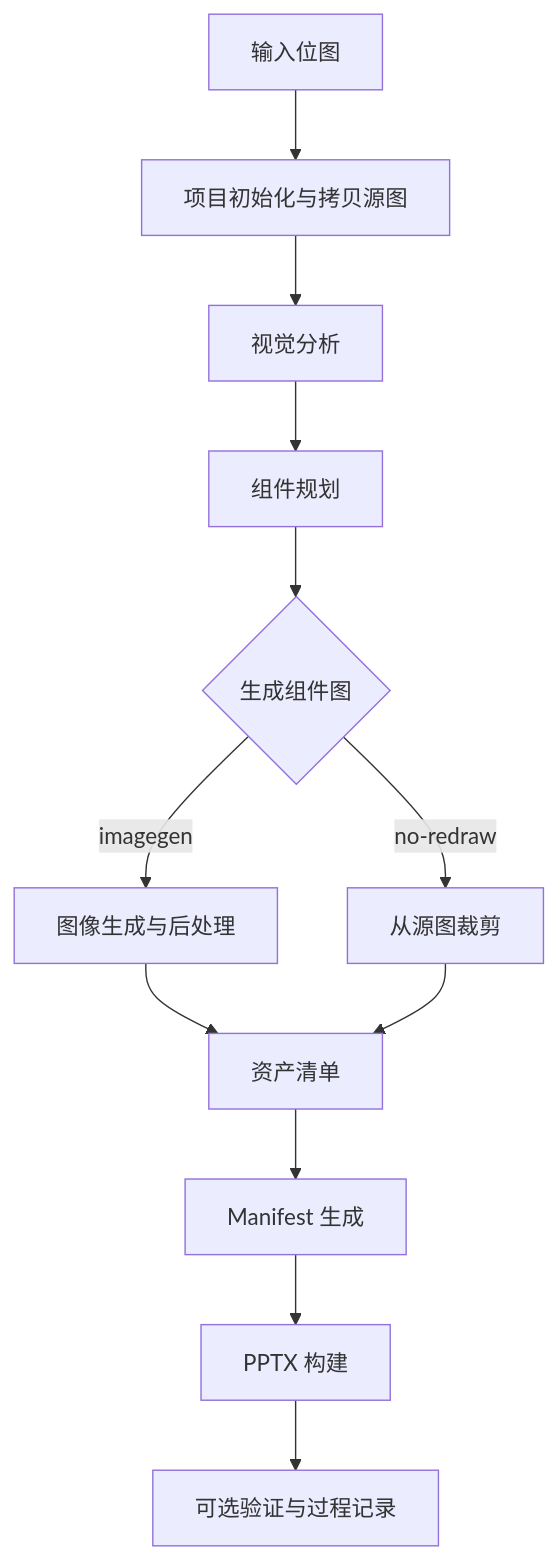
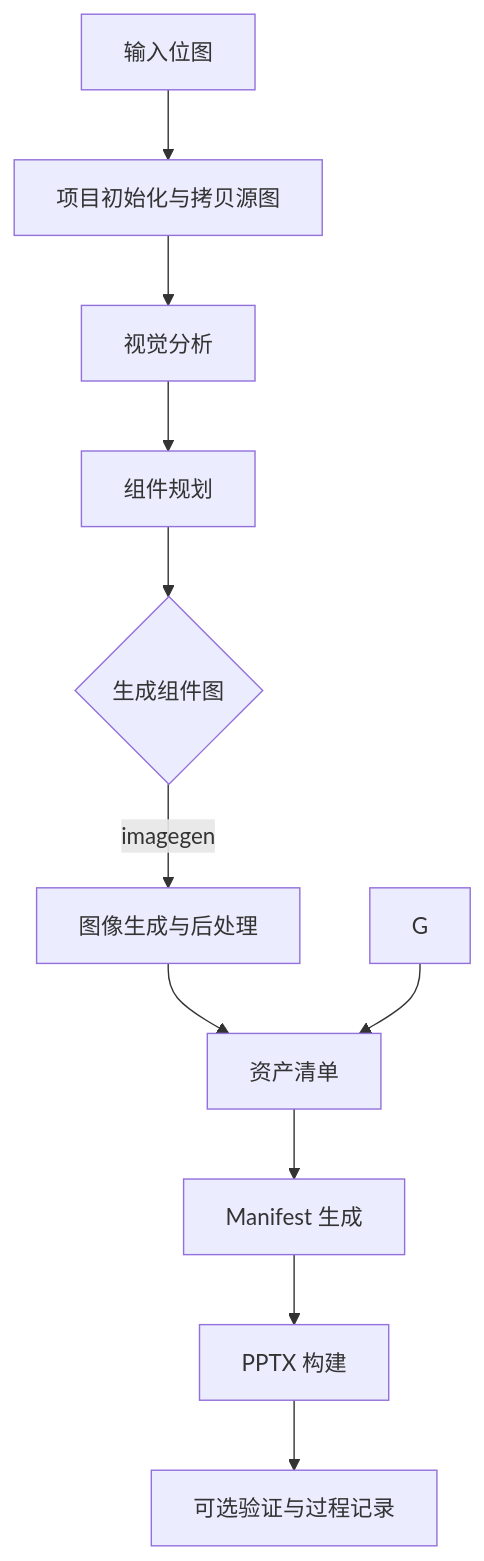
Before and after one commit to scutfresh/image2ppt_python: the diagram in README.md, drawn with Mermaid. The commit also changed other lines of this file, not shown here.

````diff
--- a/README.md
+++ b/README.md
@@ -46,14 +46,13 @@
 ```mermaid
 flowchart TD
   A[输入位图] --> B[项目初始化与拷贝源图]
   B --> C[视觉分析]
   C --> D[组件规划]
   D --> E{生成组件图}
   E -->|imagegen| F[图像生成与后处理]
-  E -->|no-redraw| G[从源图裁剪]
   F --> H[资产清单]
   G --> H[资产清单]
   H --> I[Manifest 生成]
   I --> J[PPTX 构建]
   J --> K[可选验证与过程记录]
 ```
````
